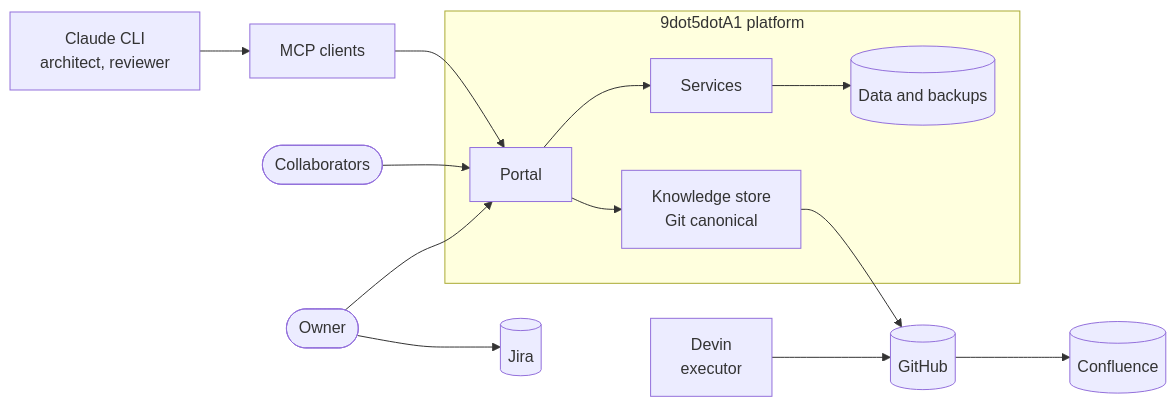
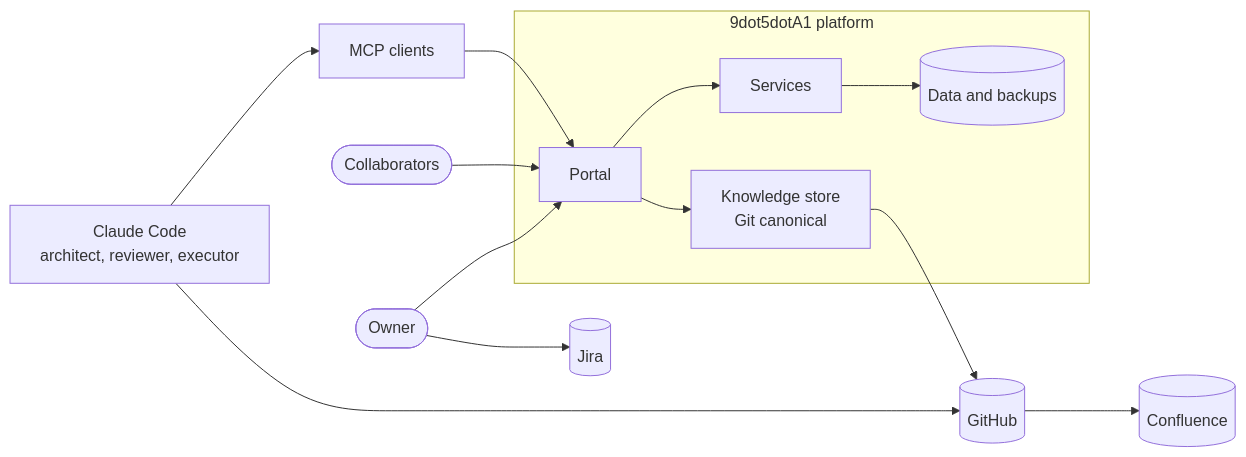
The diagram in diagrams/context/system-context.md (9dot5/9dot5dotA1), drawn with Mermaid before and after one commit. The commit also changed other lines of this file and 100 other files, not shown here.

````diff
--- a/diagrams/context/system-context.md
+++ b/diagrams/context/system-context.md
@@ -5,31 +9,30 @@
 ```mermaid
 flowchart LR
   owner([Owner])
   collab([Collaborators])
-  claude[Claude CLI<br/>architect, reviewer]
-  devin[Devin<br/>executor]
+  claude[Claude Code<br/>architect, reviewer, executor]
   mcp[MCP clients]
 
   subgraph platform[9dot5dotA1 platform]
     portal[Portal]
     knowledge[Knowledge store<br/>Git canonical]
     services[Services]
     data[(Data and backups)]
   end
 
   git[(GitHub)]
   confl[(Confluence)]
   jira[(Jira)]
 
   owner --> portal
   collab --> portal
   claude --> mcp
-  devin --> git
+  claude --> git
   mcp --> portal
   portal --> knowledge
   portal --> services
   services --> data
   knowledge --> git
   git --> confl
   owner --> jira
 ```
````
